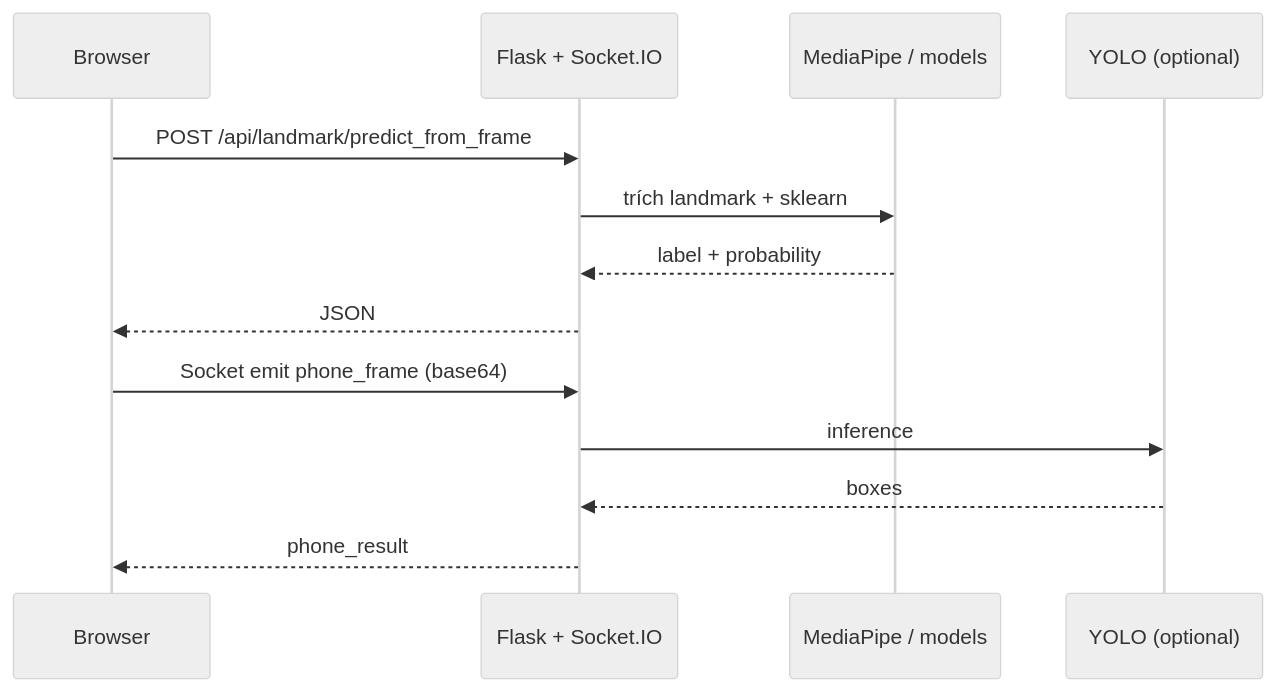
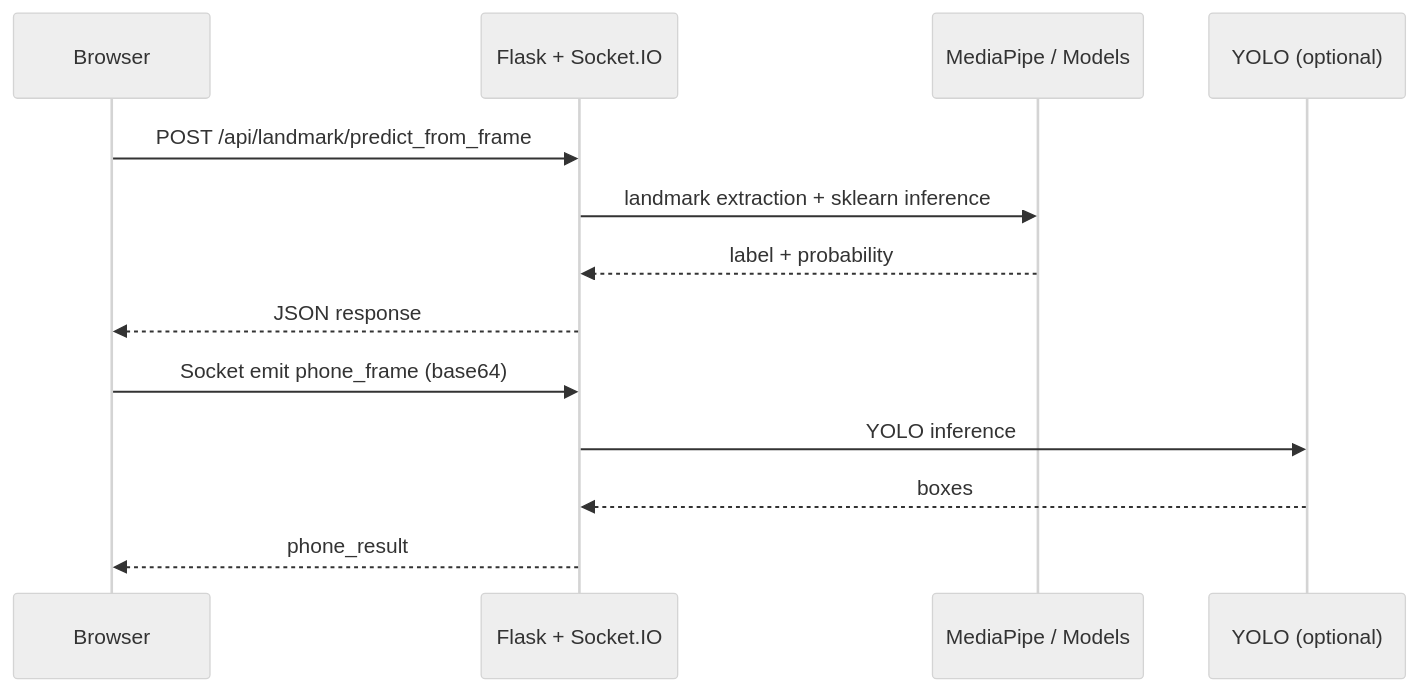
One commit to CrissNguyenKhanh/AI-DRIVER-MONITORING-SYSTEM-DMS changed the second of 8 diagrams in README.md. Above: the diagram before and after it, drawn with Mermaid (neutral theme). The commit also changed other lines of this file, not shown here.

````diff
--- a/README.md
+++ b/README.md
@@ -86,17 +87,17 @@
 ```mermaid
 sequenceDiagram
   participant B as Browser
   participant F as Flask + Socket.IO
-  participant M as MediaPipe / models
+  participant M as MediaPipe / Models
   participant Y as YOLO (optional)
 
   B->>F: POST /api/landmark/predict_from_frame
-  F->>M: trích landmark + sklearn
+  F->>M: landmark extraction + sklearn inference
   M-->>F: label + probability
-  F-->>B: JSON
+  F-->>B: JSON response
 
   B->>F: Socket emit phone_frame (base64)
-  F->>Y: inference
+  F->>Y: YOLO inference
   Y-->>F: boxes
   F-->>B: phone_result
 ```
````
